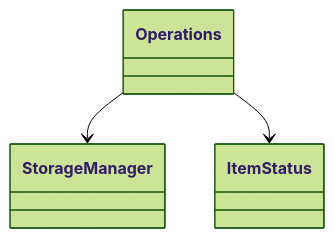
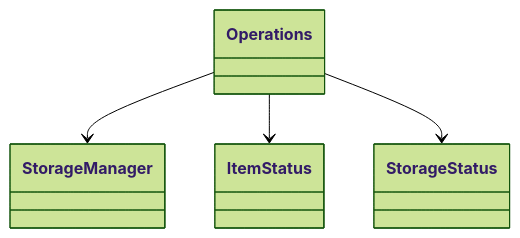
Before and after one commit to aleksiskela/ot-harjoitustyo: the first of 4 diagrams in dokumentaatio/arkkitehtuuri.md, drawn with Mermaid (forest theme). The commit also changed other lines of this file and 11 other files, not shown here.

````diff
--- a/dokumentaatio/arkkitehtuuri.md
+++ b/dokumentaatio/arkkitehtuuri.md
@@ -12,5 +11,6 @@
 ```mermaid
  classDiagram
      Operations --> StorageManager
      Operations --> ItemStatus
+     Operations --> StorageStatus
 ```
````
